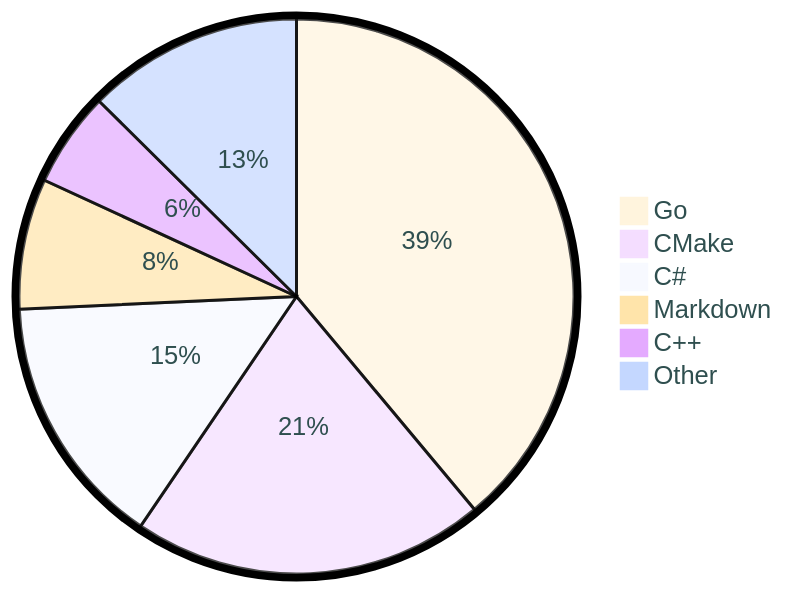
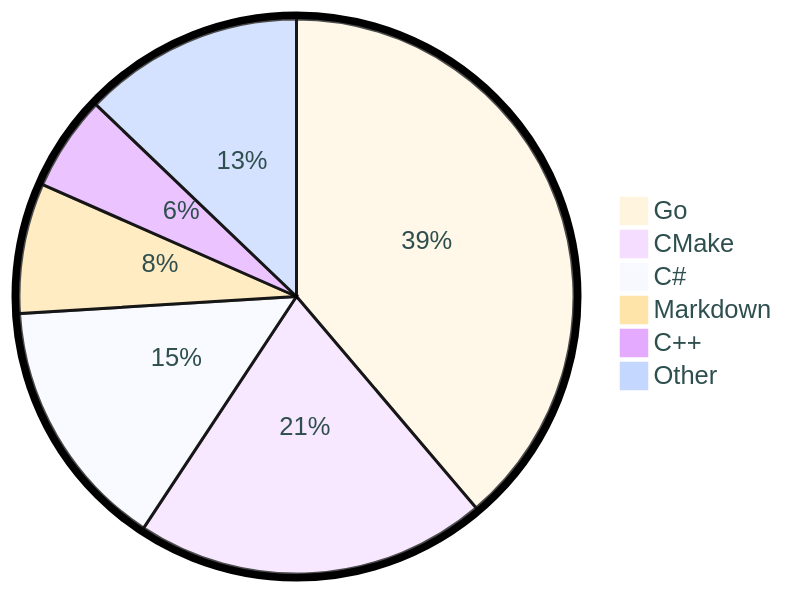
The diagram in README.md (tot0p/tot0p), drawn with Mermaid before and after one commit. The commit also changed other lines of this file, not shown here.

````diff
--- a/README.md
+++ b/README.md
@@ -85,10 +85,10 @@
 ```mermaid
 %%{init: {"pie": {"textPosition": 0.5}, "themeVariables": {"pieOuterStrokeWidth": "5px","primaryTextColor" : "#2F4F4F"},"theme":"base"} }%%
 pie
-	"Go": 38.92
-	"CMake": 20.57
-	"C#": 14.78
-	"Markdown": 7.61
+	"Go": 38.79
+	"CMake": 20.5
+	"C#": 14.73
+	"Markdown": 7.59
 	"C++": 5.54
-	"Other": 12.58
+	"Other": 12.850000000000001
 ```
````
